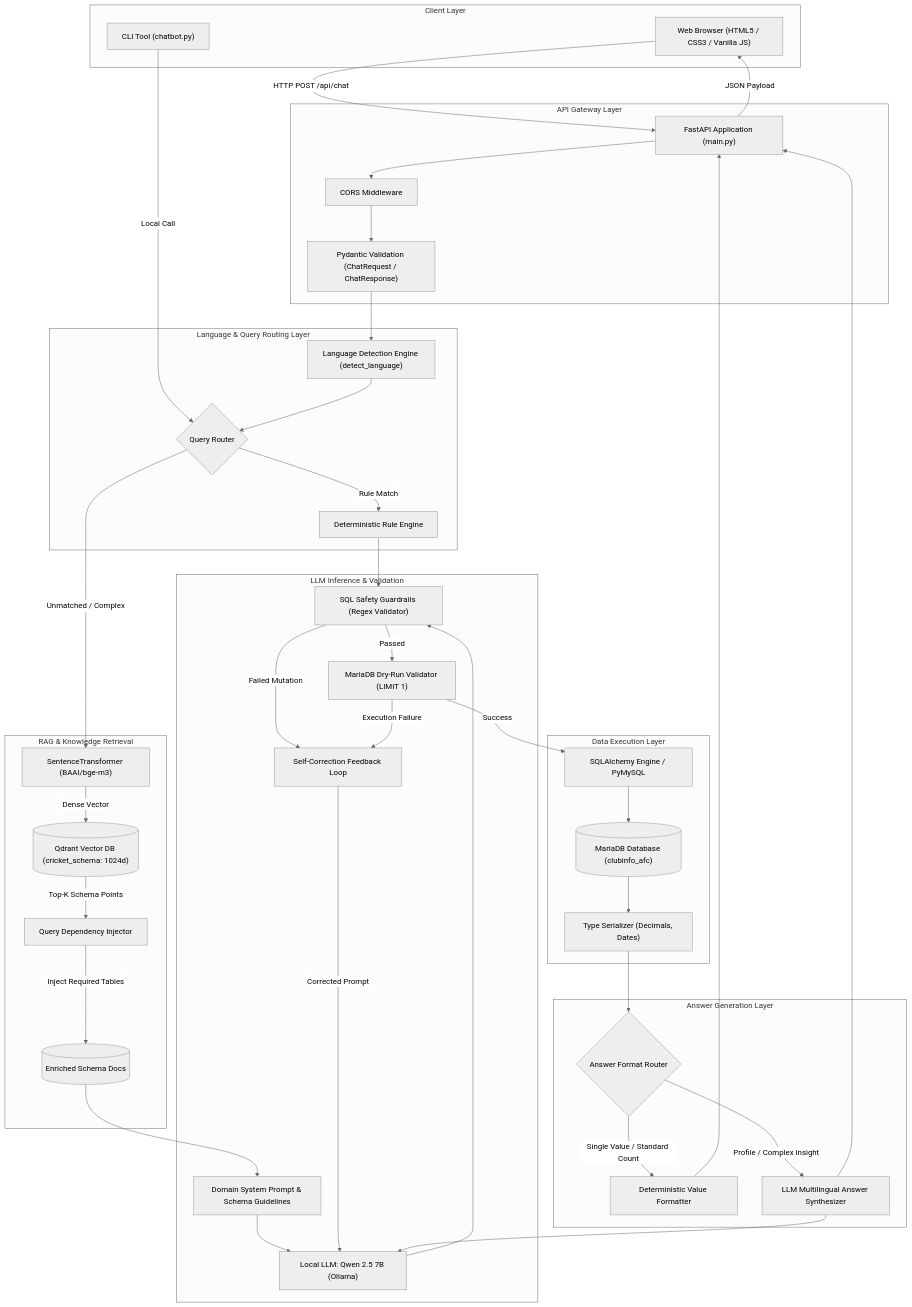
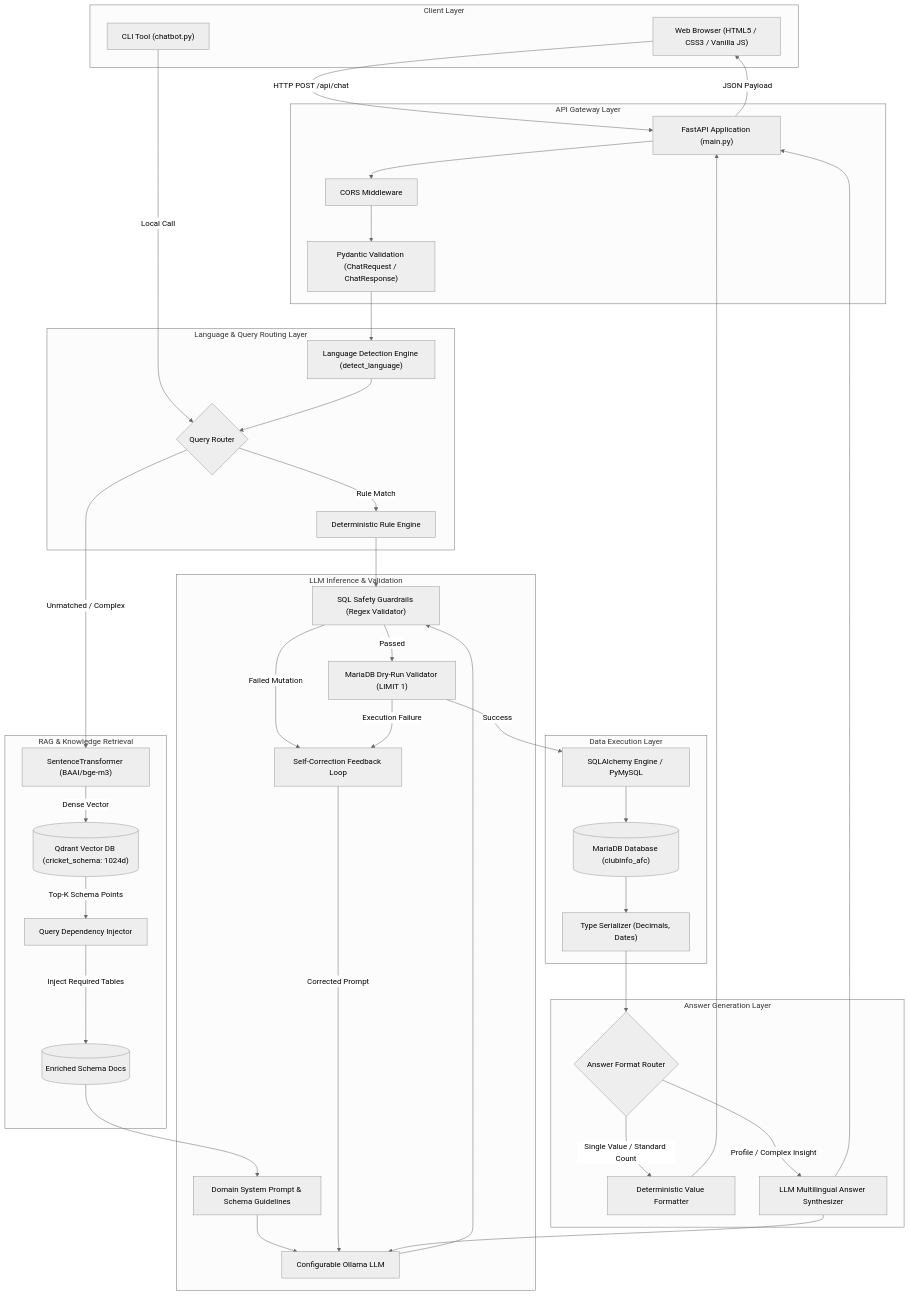
One commit to mujeebllc/cricket-rag-assistant changed the first of 2 diagrams in ARCHITECTURE.md. Above: the diagram before and after it, drawn with Mermaid (neutral theme). The commit also changed other lines of this file and 34 other files, not shown here.

````diff
--- a/ARCHITECTURE.md
+++ b/ARCHITECTURE.md
@@ -19,78 +20,78 @@
 ```mermaid
 graph TB
     subgraph Client_Layer ["Client Layer"]
         Browser["Web Browser (HTML5 / CSS3 / Vanilla JS)"]
         CLI["CLI Tool (chatbot.py)"]
     end
 
     subgraph API_Gateway ["API Gateway Layer"]
         FastAPI["FastAPI Application (main.py)"]
         CORS["CORS Middleware"]
         Pydantic["Pydantic Validation (ChatRequest / ChatResponse)"]
     end
 
     subgraph Intelligence_Routing ["Language & Query Routing Layer"]
         LangDetector["Language Detection Engine (detect_language)"]
         Router{"Query Router"}
         FastPath["Deterministic Rule Engine"]
     end
 
     subgraph RAG_Engine ["RAG & Knowledge Retrieval"]
         Embedder["SentenceTransformer (BAAI/bge-m3)"]
         Qdrant[("Qdrant Vector DB (cricket_schema: 1024d)")]
         DepInjector["Query Dependency Injector"]
         SchemaDocs[("Enriched Schema Docs")]
     end
 
     subgraph LLM_Engine ["LLM Inference & Validation"]
         SystemPrompt["Domain System Prompt & Schema Guidelines"]
-        Ollama["Local LLM: Qwen 2.5 7B (Ollama)"]
+        Ollama["Configurable Ollama LLM"]
         Guardrails["SQL Safety Guardrails (Regex Validator)"]
         DryRunValidator["MariaDB Dry-Run Validator (LIMIT 1)"]
         RetryLoop["Self-Correction Feedback Loop"]
     end
 
     subgraph Data_Layer ["Data Execution Layer"]
         SQLAlchemy["SQLAlchemy Engine / PyMySQL"]
         MariaDB[("MariaDB Database (clubinfo_afc)")]
         Serializer["Type Serializer (Decimals, Dates)"]
     end
 
     subgraph Synthesis_Layer ["Answer Generation Layer"]
         AnswerRouter{"Answer Format Router"}
         DetFormatter["Deterministic Value Formatter"]
         LLMAnswer["LLM Multilingual Answer Synthesizer"]
     end
 
     Browser -->|HTTP POST /api/chat| FastAPI
     CLI -->|Local Call| Router
     FastAPI --> CORS --> Pydantic --> LangDetector --> Router
 
     Router -->|Rule Match| FastPath
     FastPath --> Guardrails
 
     Router -->|Unmatched / Complex| Embedder
     Embedder -->|Dense Vector| Qdrant
     Qdrant -->|Top-K Schema Points| DepInjector
     DepInjector -->|Inject Required Tables| SchemaDocs
     SchemaDocs --> SystemPrompt
     SystemPrompt --> Ollama
 
     Ollama --> Guardrails
     Guardrails -->|Passed| DryRunValidator
     Guardrails -->|Failed Mutation| RetryLoop
     DryRunValidator -->|Execution Failure| RetryLoop
     RetryLoop -->|Corrected Prompt| Ollama
     DryRunValidator -->|Success| SQLAlchemy
 
     SQLAlchemy --> MariaDB
     MariaDB --> Serializer --> AnswerRouter
 
     AnswerRouter -->|Single Value / Standard Count| DetFormatter
     AnswerRouter -->|Profile / Complex Insight| LLMAnswer
     LLMAnswer --> Ollama
 
     DetFormatter --> FastAPI
     LLMAnswer --> FastAPI
     FastAPI -->|JSON Payload| Browser
 ```
````
